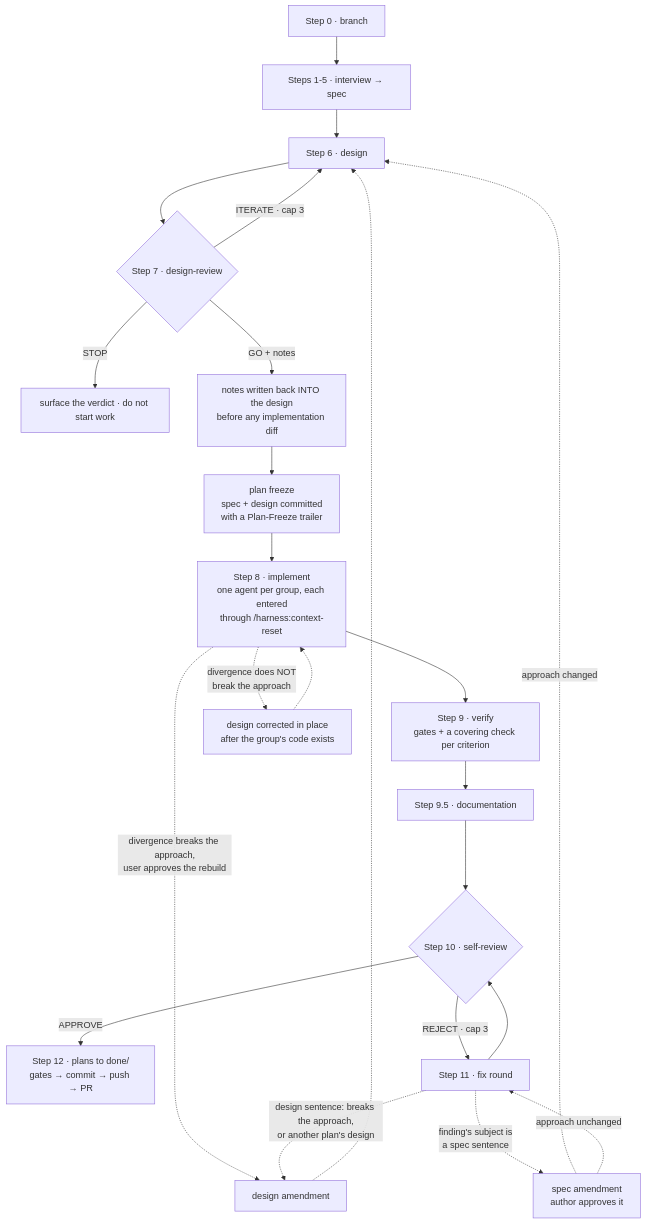
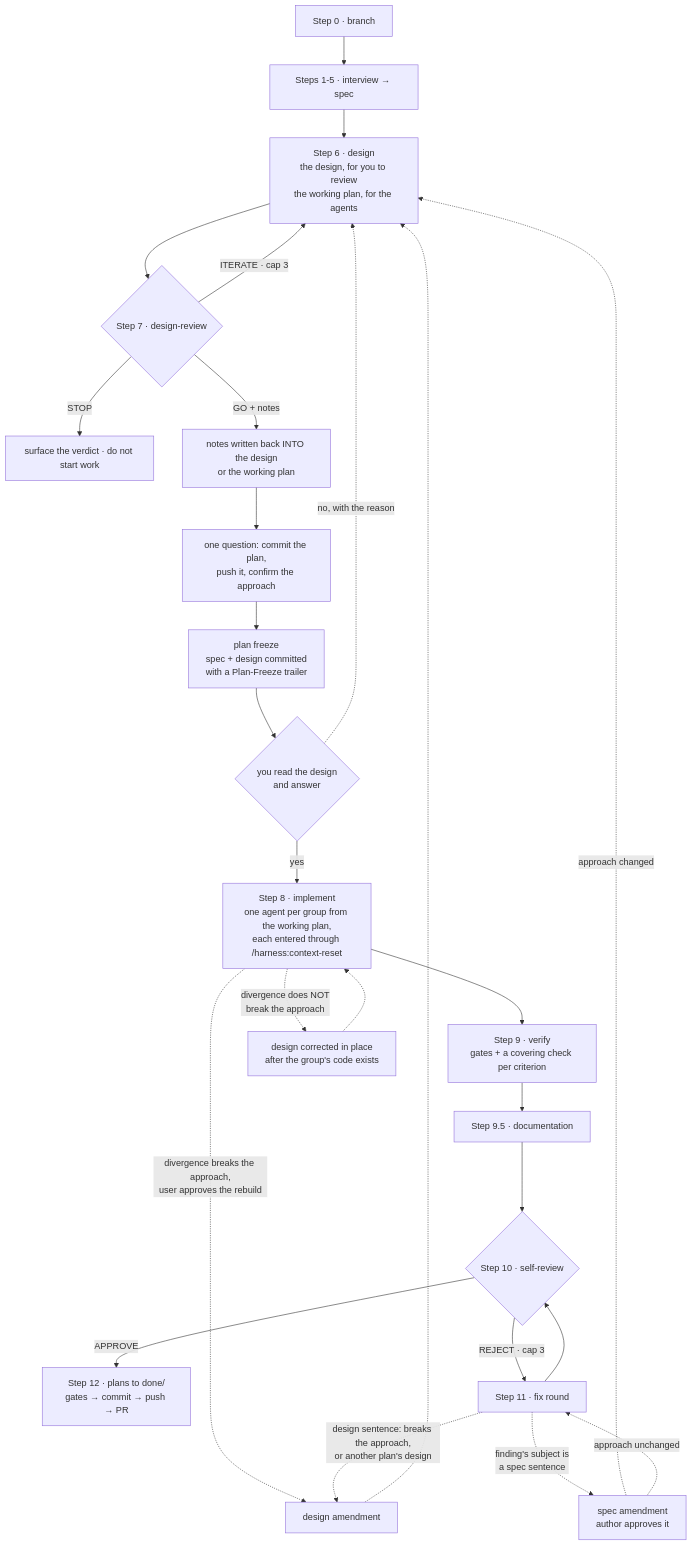
Before and after one commit to JeriC4o/agent-harness: the first of 2 diagrams in README.md, drawn with Mermaid. The commit also changed other lines of this file and 7 other files, not shown here.

First line of the commit message:
GH-174: feat(readers): self-review, the fix planner and the PR description read the split design

````diff
--- a/README.md
+++ b/README.md
@@ -285,26 +285,29 @@
 ```mermaid
 flowchart TD
     S0["Step 0 · branch"] --> S15["Steps 1-5 · interview → spec"]
-    S15 --> S6["Step 6 · design"]
+    S15 --> S6["Step 6 · design<br/>the design, for you to review<br/>the working plan, for the agents"]
     S6 --> S7{"Step 7 · design-review"}
     S7 -->|"ITERATE · cap 3"| S6
     S7 -->|STOP| OUT1["surface the verdict · do not start work"]
-    S7 -->|"GO + notes"| WB["notes written back INTO the design<br/>before any implementation diff"]
-    WB --> FZ["plan freeze<br/>spec + design committed<br/>with a Plan-Freeze trailer"]
-    FZ --> S8["Step 8 · implement<br/>one agent per group, each entered<br/>through /harness:context-reset"]
+    S7 -->|"GO + notes"| WB["notes written back INTO the design<br/>or the working plan"]
+    WB --> Q["one question: commit the plan,<br/>push it, confirm the approach"]
+    Q --> FZ["plan freeze<br/>spec + design committed<br/>with a Plan-Freeze trailer"]
+    FZ --> ANS{"you read the design<br/>and answer"}
+    ANS -.->|"no, with the reason"| S6
+    ANS -->|yes| S8["Step 8 · implement<br/>one agent per group from the working plan,<br/>each entered through /harness:context-reset"]
     S8 --> S9["Step 9 · verify<br/>gates + a covering check per criterion"]
     S9 --> S95["Step 9.5 · documentation"]
     S95 --> S10{"Step 10 · self-review"}
     S10 -->|APPROVE| S12["Step 12 · plans to done/<br/>gates → commit → push → PR"]
     S10 -->|"REJECT · cap 3"| S11["Step 11 · fix round"]
     S11 --> S10
 
     S8 -.->|"divergence does NOT<br/>break the approach"| CIP["design corrected in place<br/>after the group's code exists"]
     CIP -.-> S8
     S8 -.->|"divergence breaks the approach,<br/>user approves the rebuild"| AMD["design amendment"]
     S11 -.->|"design sentence: breaks the approach,<br/>or another plan's design"| AMD
     AMD -.-> S6
     S11 -.->|"finding's subject is<br/>a spec sentence"| AMS["spec amendment<br/>author approves it"]
     AMS -.->|"approach changed"| S6
     AMS -.->|"approach unchanged"| S11
 ```
````
